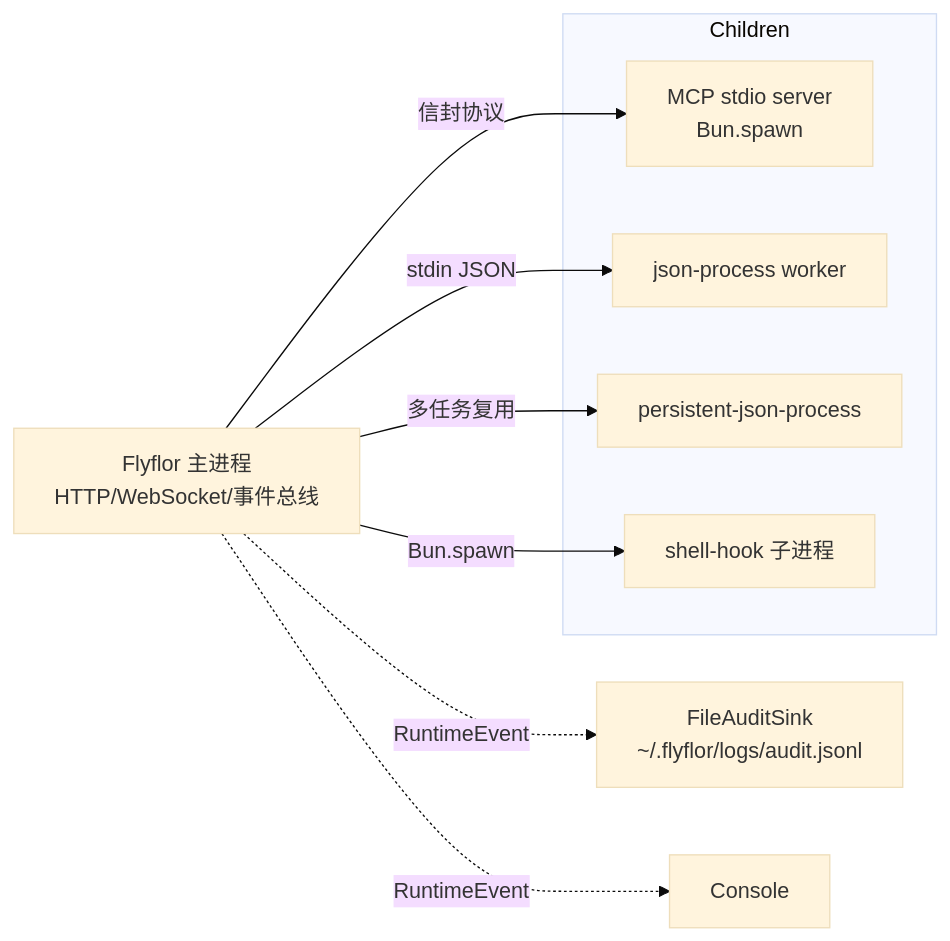
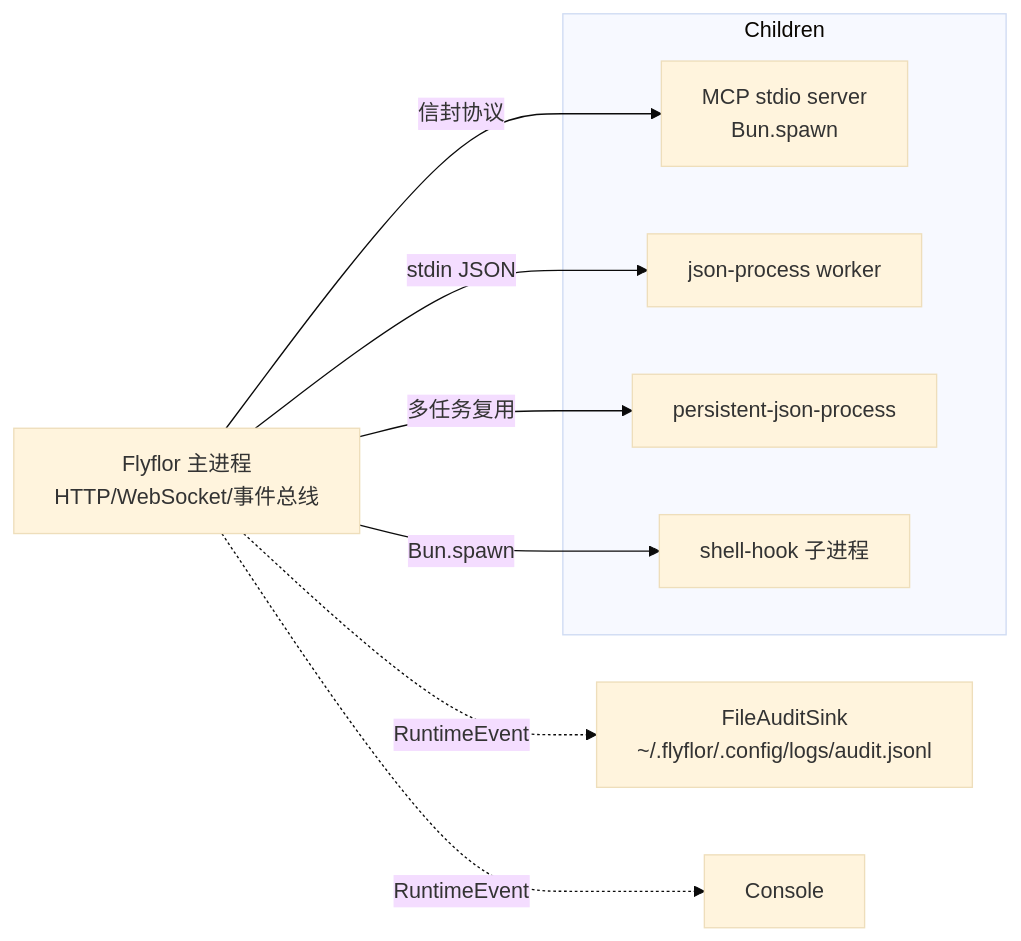
The third of 3 diagrams in docs/architecture.md (flyflor/flyflor), drawn with Mermaid (base theme) before and after one commit. The commit also changed other lines of this file and 54 other files, not shown here.

````diff
--- a/docs/architecture.md
+++ b/docs/architecture.md
@@ -181,17 +181,17 @@
 ```mermaid
 flowchart LR
     Main["Flyflor 主进程<br/>HTTP/WebSocket/事件总线"]
     subgraph Children
       MCPStdio["MCP stdio server<br/>Bun.spawn"]
       JsonWorker["json-process worker"]
       PersistWorker["persistent-json-process"]
       ShellHook["shell-hook 子进程"]
     end
     Main -- 信封协议 --> MCPStdio
     Main -- stdin JSON --> JsonWorker
     Main -- 多任务复用 --> PersistWorker
     Main -- Bun.spawn --> ShellHook
 
-    Main -. RuntimeEvent .-> Audit["FileAuditSink<br/>~/.flyflor/logs/audit.jsonl"]
+    Main -. RuntimeEvent .-> Audit["FileAuditSink<br/>~/.flyflor/.config/logs/audit.jsonl"]
     Main -. RuntimeEvent .-> Console
 ```
````
